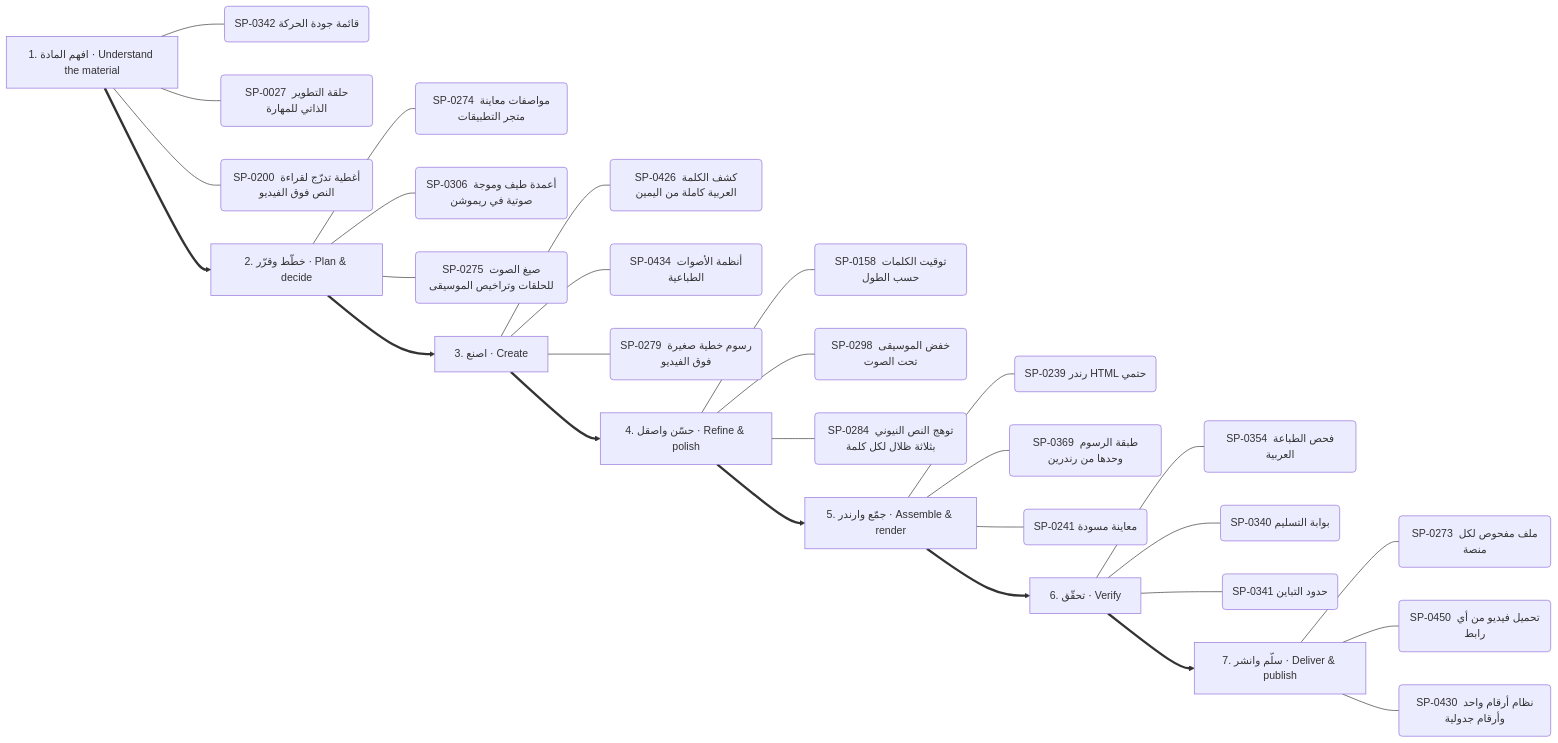
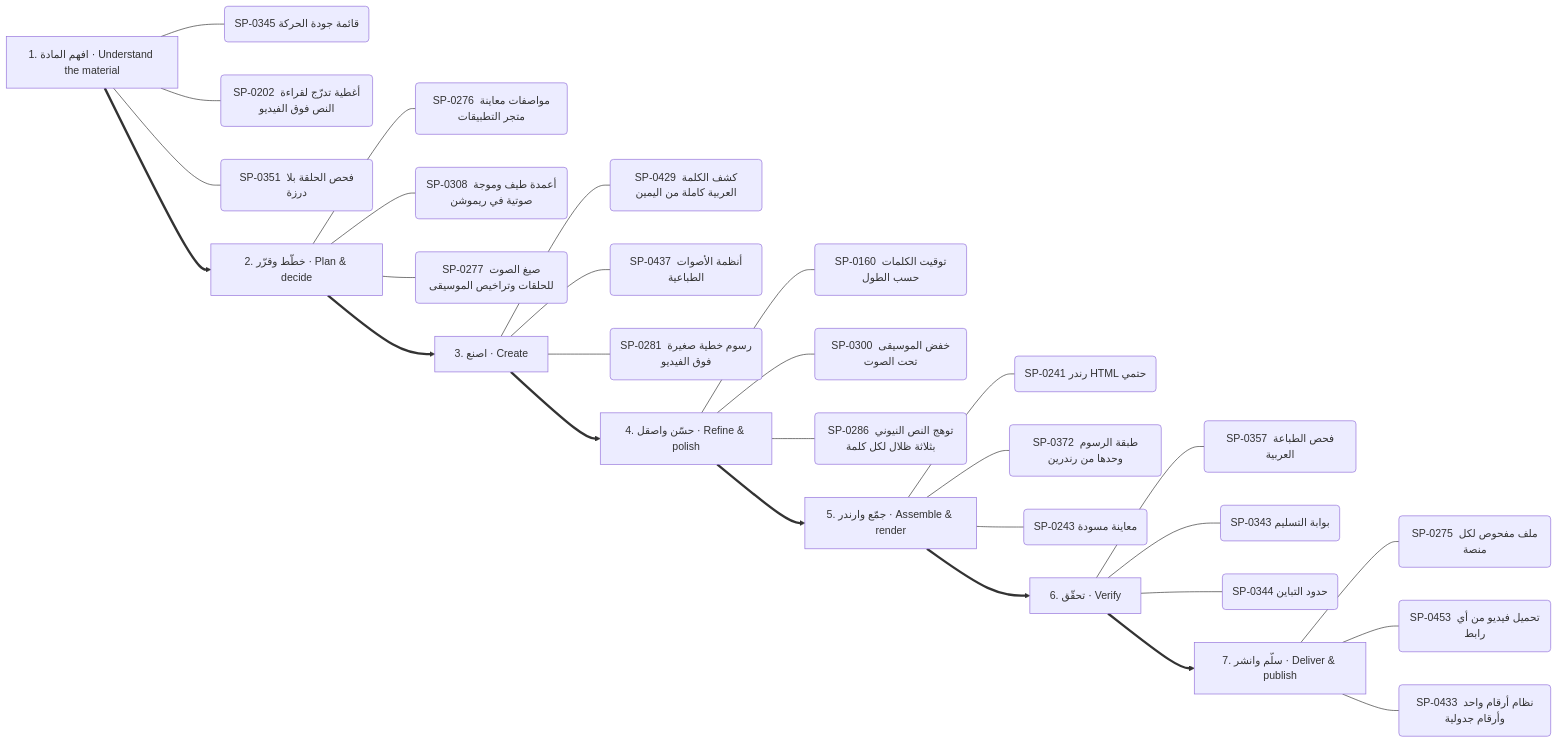
The second of 13 diagrams in .claude/skills/kosif-superpowers/references/capability-mindmap.md (kosif199022-jpg/kosif-tool), drawn with Mermaid before and after one commit. The commit also changed other lines of this file and 48 other files, not shown here.

````diff
--- a/.claude/skills/kosif-superpowers/references/capability-mindmap.md
+++ b/.claude/skills/kosif-superpowers/references/capability-mindmap.md
@@ -126,37 +126,37 @@
 ```mermaid
 flowchart LR
   S0["1. افهم المادة · Understand the material"]
-  S0 --- S0_0("SP-0342 قائمة جودة الحركة")
-  S0 --- S0_1("SP-0027 حلقة التطوير الذاتي للمهارة")
-  S0 --- S0_2("SP-0200 أغطية تدرّج لقراءة النص فوق الفيديو")
+  S0 --- S0_0("SP-0345 قائمة جودة الحركة")
+  S0 --- S0_1("SP-0202 أغطية تدرّج لقراءة النص فوق الفيديو")
+  S0 --- S0_2("SP-0351 فحص الحلقة بلا درزة")
   S1["2. خطّط وقرّر · Plan & decide"]
-  S1 --- S1_0("SP-0274 مواصفات معاينة متجر التطبيقات")
-  S1 --- S1_1("SP-0306 أعمدة طيف وموجة صوتية في ريموشن")
-  S1 --- S1_2("SP-0275 صيغ الصوت للحلقات وتراخيص الموسيقى")
+  S1 --- S1_0("SP-0276 مواصفات معاينة متجر التطبيقات")
+  S1 --- S1_1("SP-0308 أعمدة طيف وموجة صوتية في ريموشن")
+  S1 --- S1_2("SP-0277 صيغ الصوت للحلقات وتراخيص الموسيقى")
   S0 ==> S1
   S2["3. اصنع · Create"]
-  S2 --- S2_0("SP-0426 كشف الكلمة العربية كاملة من اليمين")
-  S2 --- S2_1("SP-0434 أنظمة الأصوات الطباعية")
-  S2 --- S2_2("SP-0279 رسوم خطية صغيرة فوق الفيديو")
+  S2 --- S2_0("SP-0429 كشف الكلمة العربية كاملة من اليمين")
+  S2 --- S2_1("SP-0437 أنظمة الأصوات الطباعية")
+  S2 --- S2_2("SP-0281 رسوم خطية صغيرة فوق الفيديو")
   S1 ==> S2
   S3["4. حسّن واصقل · Refine & polish"]
-  S3 --- S3_0("SP-0158 توقيت الكلمات حسب الطول")
-  S3 --- S3_1("SP-0298 خفض الموسيقى تحت الصوت")
-  S3 --- S3_2("SP-0284 توهج النص النيوني بثلاثة ظلال لكل كلمة")
+  S3 --- S3_0("SP-0160 توقيت الكلمات حسب الطول")
+  S3 --- S3_1("SP-0300 خفض الموسيقى تحت الصوت")
+  S3 --- S3_2("SP-0286 توهج النص النيوني بثلاثة ظلال لكل كلمة")
   S2 ==> S3
   S4["5. جمّع وارندر · Assemble & render"]
-  S4 --- S4_0("SP-0239 رندر HTML حتمي")
-  S4 --- S4_1("SP-0369 طبقة الرسوم وحدها من رندرين")
-  S4 --- S4_2("SP-0241 معاينة مسودة")
+  S4 --- S4_0("SP-0241 رندر HTML حتمي")
+  S4 --- S4_1("SP-0372 طبقة الرسوم وحدها من رندرين")
+  S4 --- S4_2("SP-0243 معاينة مسودة")
   S3 ==> S4
   S5["6. تحقّق · Verify"]
-  S5 --- S5_0("SP-0354 فحص الطباعة العربية")
-  S5 --- S5_1("SP-0340 بوابة التسليم")
-  S5 --- S5_2("SP-0341 حدود التباين")
+  S5 --- S5_0("SP-0357 فحص الطباعة العربية")
+  S5 --- S5_1("SP-0343 بوابة التسليم")
+  S5 --- S5_2("SP-0344 حدود التباين")
   S4 ==> S5
   S6["7. سلّم وانشر · Deliver & publish"]
-  S6 --- S6_0("SP-0273 ملف مفحوص لكل منصة")
-  S6 --- S6_1("SP-0450 تحميل فيديو من أي رابط")
-  S6 --- S6_2("SP-0430 نظام أرقام واحد وأرقام جدولية")
+  S6 --- S6_0("SP-0275 ملف مفحوص لكل منصة")
+  S6 --- S6_1("SP-0453 تحميل فيديو من أي رابط")
+  S6 --- S6_2("SP-0433 نظام أرقام واحد وأرقام جدولية")
   S5 ==> S6
 ```
````
